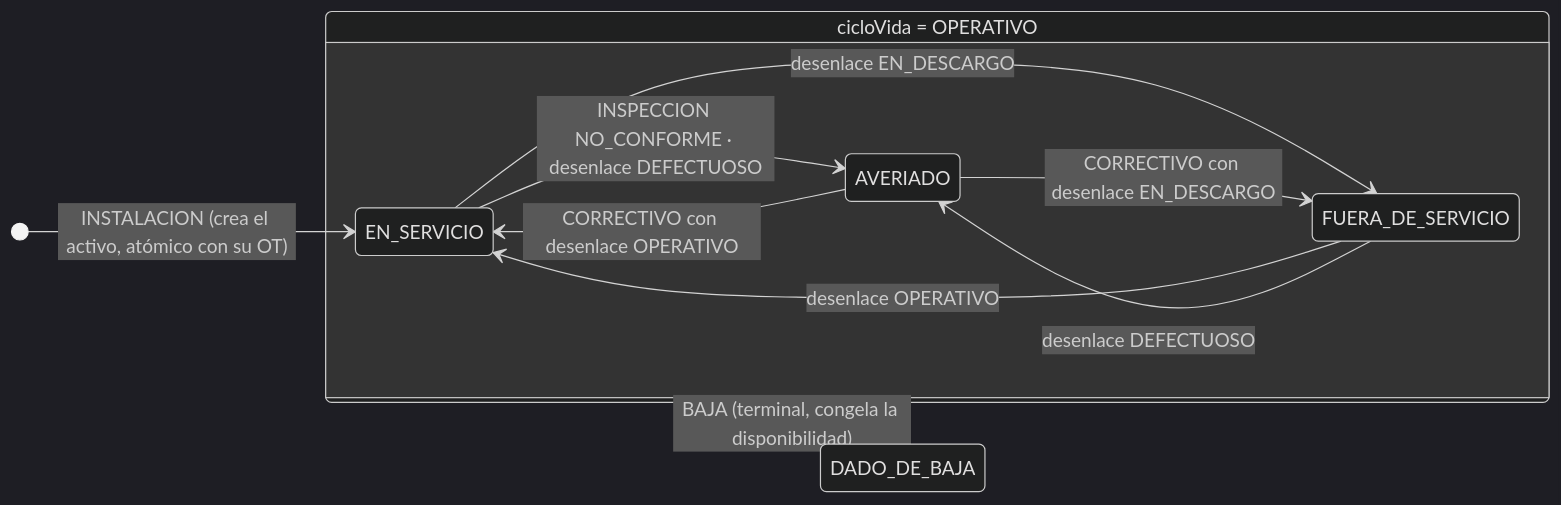
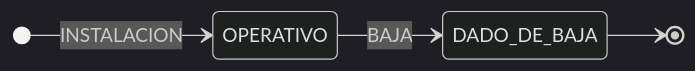
Before and after one commit to DeloStormblessed/Final-Proyect---Gestion-Subestaciones: the first of 2 diagrams in README.md, drawn with Mermaid (dark theme). The commit also changed other lines of this file, not shown here.

Commit message:
improved mermaid

````diff
--- a/README.md
+++ b/README.md
@@ -82,17 +87,7 @@
 ```mermaid
 stateDiagram-v2
     direction LR
-    [*] --> EN_SERVICIO : INSTALACION (crea el activo, atómico con su OT)
-
-    state "cicloVida = OPERATIVO" as OP {
-        direction LR
-        EN_SERVICIO --> AVERIADO : INSPECCION NO_CONFORME · desenlace DEFECTUOSO
-        AVERIADO --> EN_SERVICIO : CORRECTIVO con desenlace OPERATIVO
-        EN_SERVICIO --> FUERA_DE_SERVICIO : desenlace EN_DESCARGO
-        FUERA_DE_SERVICIO --> EN_SERVICIO : desenlace OPERATIVO
-        FUERA_DE_SERVICIO --> AVERIADO : desenlace DEFECTUOSO
-        AVERIADO --> FUERA_DE_SERVICIO : CORRECTIVO con desenlace EN_DESCARGO
-    }
-
-    OP --> DADO_DE_BAJA : BAJA (terminal, congela la disponibilidad)
+    [*] --> OPERATIVO : INSTALACION
+    OPERATIVO --> DADO_DE_BAJA : BAJA
+    DADO_DE_BAJA --> [*]
 ```
````
